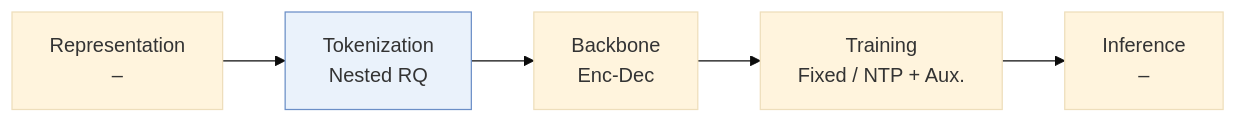
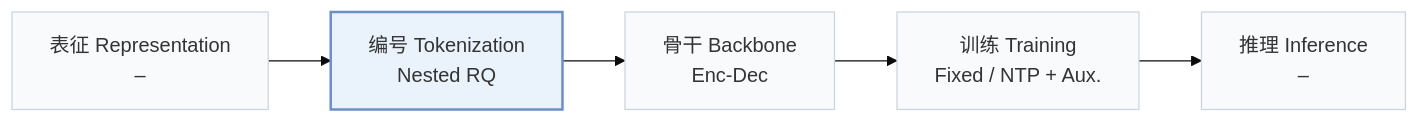
The first of 2 diagrams in pages/zh/papers/holorec.md (Galaxy-ghost/Awesome-SID-Generative-Rec), drawn with Mermaid (base theme) before and after one commit. The commit also changed other lines of this file and 649 other files, not shown here.

Commit message:
writer-05: also tags and modality index (schema, check, build, visuals); summary field removed; calibration data for 12 papers

````diff
--- a/pages/zh/papers/holorec.md
+++ b/pages/zh/papers/holorec.md
@@ -13,6 +15,8 @@
 ```mermaid
 flowchart LR
-    R["Representation<br/>–"] --> T["Tokenization<br/>Nested RQ"] --> B["Backbone<br/>Enc-Dec"] --> TR["Training<br/>Fixed / NTP + Aux."] --> I["Inference<br/>–"]
-    classDef main fill:#eaf2fb,stroke:#6b8fc7
+    R["表征 Representation<br/>–"] --> T["编号 Tokenization<br/>Nested RQ"] --> B["骨干 Backbone<br/>Enc-Dec"] --> TR["训练 Training<br/>Fixed / NTP + Aux."] --> I["推理 Inference<br/>–"]
+    classDef base fill:#f8fafc,stroke:#cbd5e1
+    class R,T,B,TR,I base
+    classDef main fill:#eaf2fb,stroke:#6b8fc7,stroke-width:2px
     class T main
 ```
````
